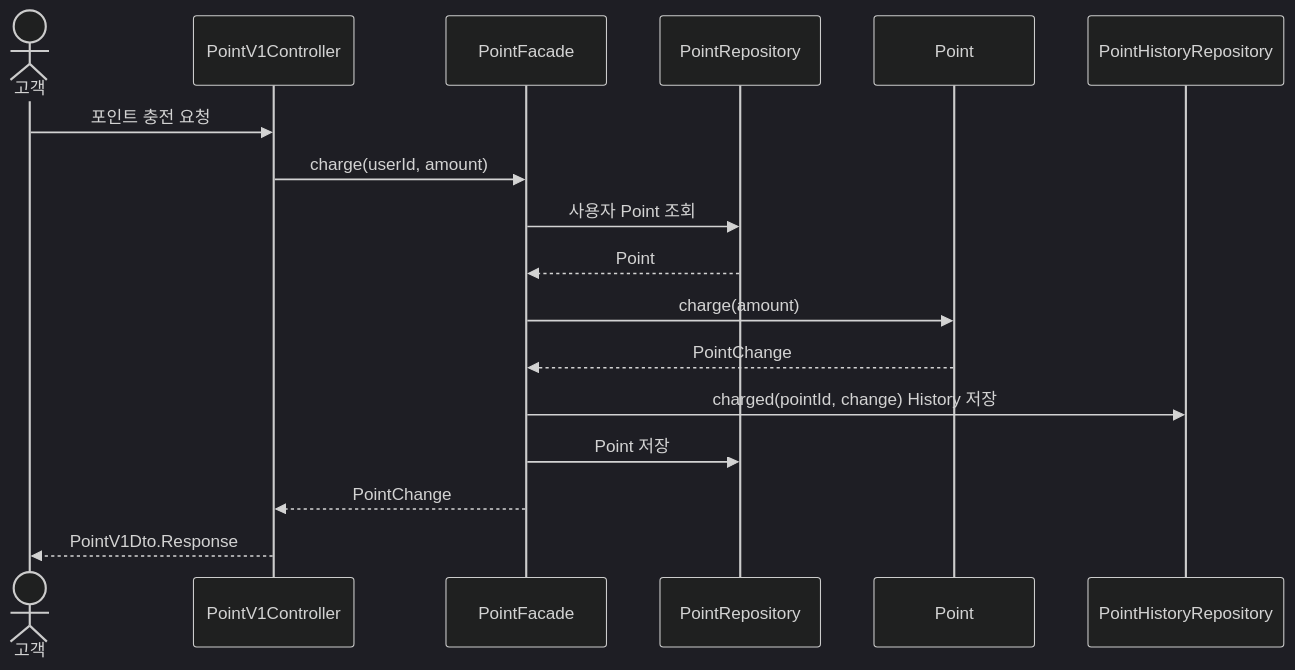
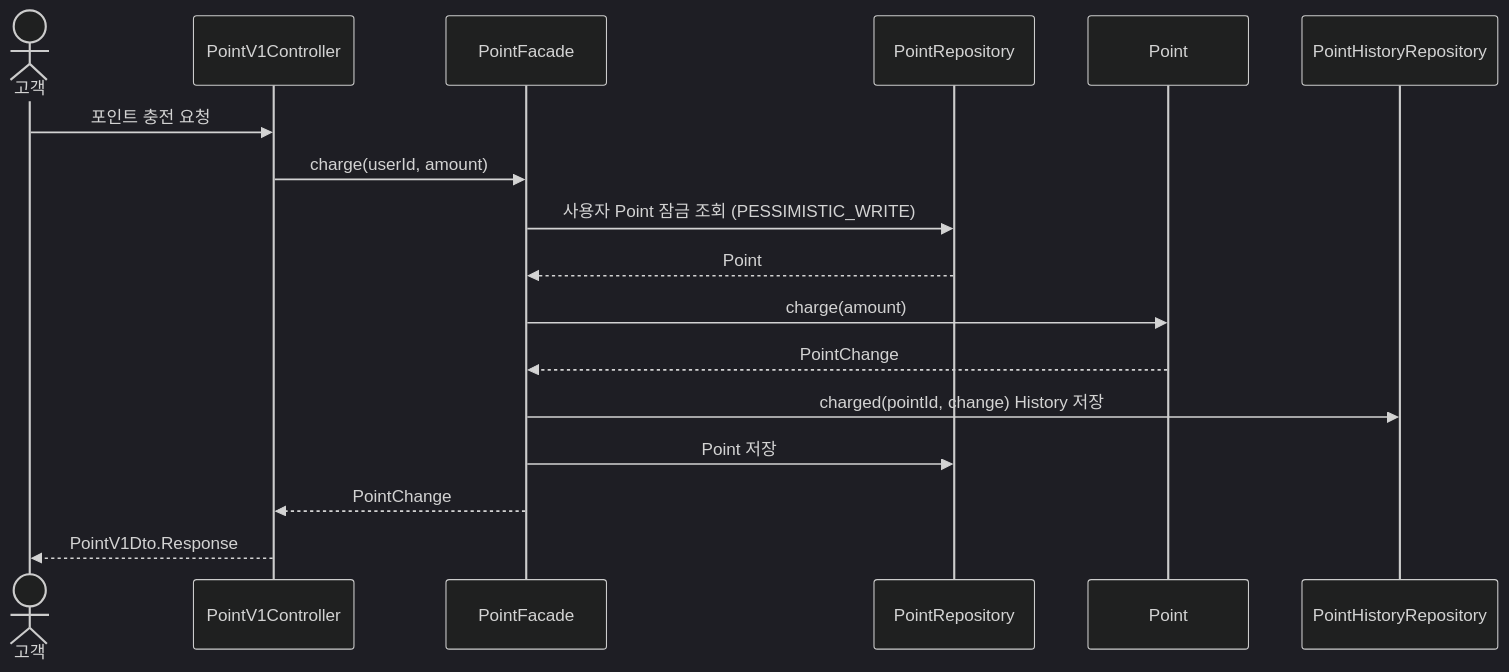
The first of 2 diagrams in docs/system-design/sections/04-use-cases.md (Jomeun/loop-pack-be-l2-vol5-java), drawn with Mermaid (dark theme) before and after one commit. The commit also changed other lines of this file and 5 other files, not shown here.

````diff
--- a/docs/system-design/sections/04-use-cases.md
+++ b/docs/system-design/sections/04-use-cases.md
@@ -118,20 +120,20 @@
 ```mermaid
 sequenceDiagram
     actor Customer as 고객
     participant Controller as PointV1Controller
     participant Facade as PointFacade
     participant PointRepository
     participant Point
     participant HistoryRepository as PointHistoryRepository
 
     Customer->>Controller: 포인트 충전 요청
     Controller->>Facade: charge(userId, amount)
-    Facade->>PointRepository: 사용자 Point 조회
+    Facade->>PointRepository: 사용자 Point 잠금 조회 (PESSIMISTIC_WRITE)
     PointRepository-->>Facade: Point
     Facade->>Point: charge(amount)
     Point-->>Facade: PointChange
     Facade->>HistoryRepository: charged(pointId, change) History 저장
     Facade->>PointRepository: Point 저장
     Facade-->>Controller: PointChange
     Controller-->>Customer: PointV1Dto.Response
 ```
````
